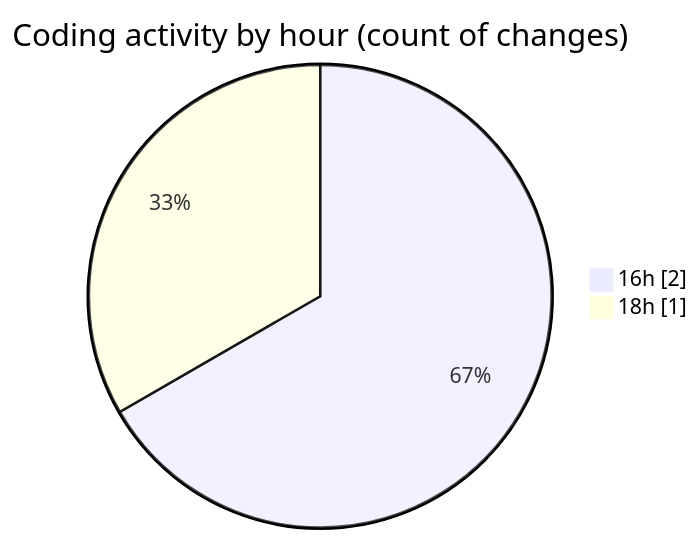
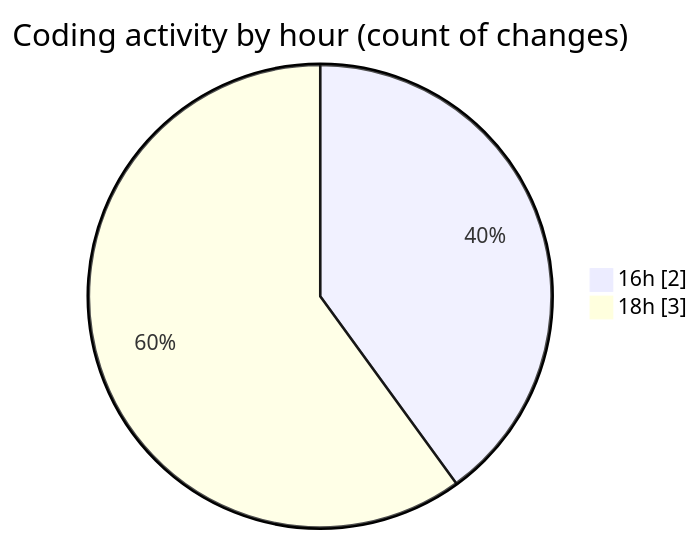
Before and after one commit to julien-gomy/code-tracking: the second of 2 diagrams in 2025-11-17/usr_aleoudev_fr__workspace_/README.md, drawn with Mermaid. The commit also changed other lines of this file and 1 other file, not shown here.

````diff
--- a/2025-11-17/usr_aleoudev_fr__workspace_/README.md
+++ b/2025-11-17/usr_aleoudev_fr__workspace_/README.md
@@ -30,6 +31,6 @@
 ```mermaid
 pie showData
 title Coding activity by hour (count of changes)
 "16h" : 2
-"18h" : 1
+"18h" : 3
 ```
````
